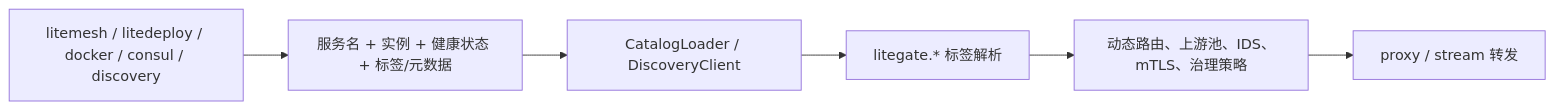
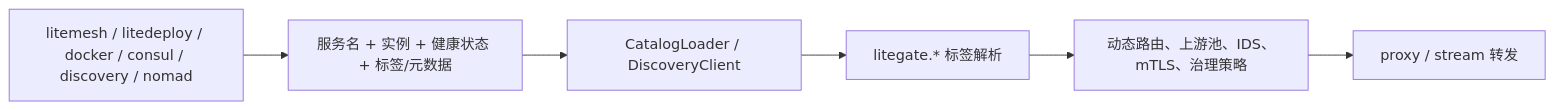
One commit to jamesleeon/litegate-website changed the diagram in docs/zh-cn/user/07-discovery/overview.md. Above: the diagram before and after it, drawn with Mermaid. The commit also changed other lines of this file and 202 other files, not shown here.

````diff
--- a/docs/zh-cn/user/07-discovery/overview.md
+++ b/docs/zh-cn/user/07-discovery/overview.md
@@ -22,8 +23,8 @@
 ```mermaid
 flowchart LR
-    L["litemesh / litedeploy / docker / consul / discovery"] --> M["服务名 + 实例 + 健康状态 + 标签/元数据"]
+    L["litemesh / litedeploy / docker / consul / discovery / nomad"] --> M["服务名 + 实例 + 健康状态 + 标签/元数据"]
     M --> C["CatalogLoader / DiscoveryClient"]
     C --> T["litegate.* 标签解析"]
     T --> R["动态路由、上游池、IDS、mTLS、治理策略"]
     R --> P["proxy / stream 转发"]
 ```
````
